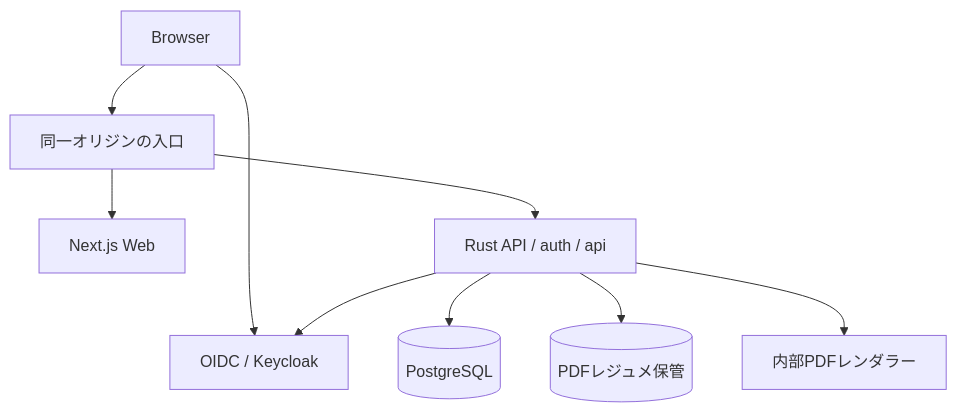
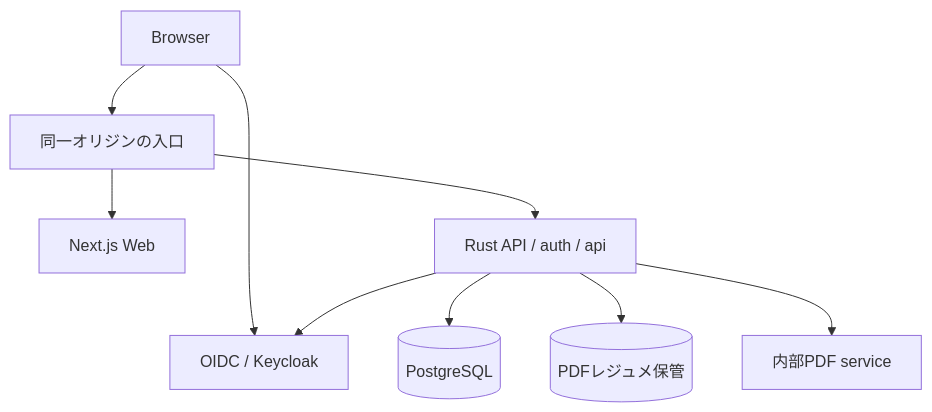
The diagram in docs/design/03-architecture.md (mt4110/recruitment-platform), drawn with Mermaid before and after one commit. The commit also changed other lines of this file and 12 other files, not shown here.

````diff
--- a/docs/design/03-architecture.md
+++ b/docs/design/03-architecture.md
@@ -9,11 +9,11 @@
 ```mermaid
 flowchart TB
     B[Browser] --> G[同一オリジンの入口]
     G --> W[Next.js Web]
     G --> A[Rust API / auth / api]
     B --> I[OIDC / Keycloak]
     A --> I
     A --> D[(PostgreSQL)]
     A --> F[(PDFレジュメ保管)]
-    A --> P[内部PDFレンダラー]
+    A --> P[内部PDF service]
 ```
````
